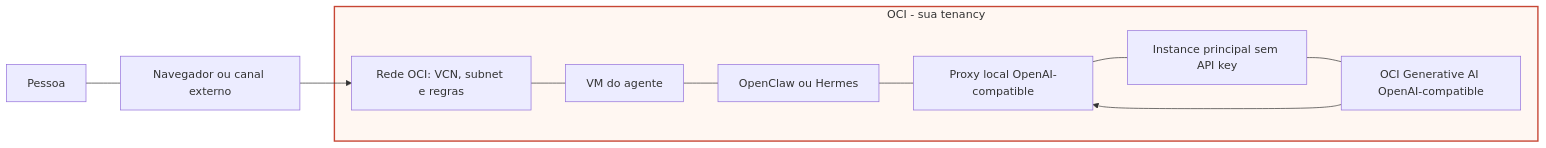
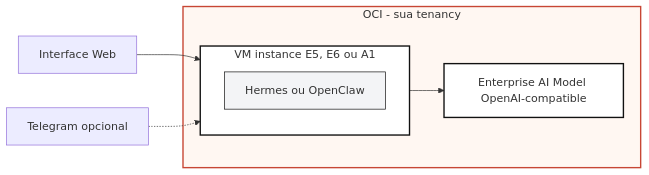
One commit to Gusttavosant/oracle changed the diagram in Agent Station Experience/README.md. Above: the diagram before and after it, drawn with Mermaid. The commit also changed other lines of this file, not shown here.

Commit message:
Revise README for VM package and architecture updates
Updated README to reflect changes in VM package name and architecture details.

````diff
--- a/Agent Station Experience/README.md
+++ b/Agent Station Experience/README.md
@@ -36,26 +35,22 @@
 ```mermaid
 flowchart LR
-    Pessoa["Pessoa"]
-    Canal["Navegador ou canal externo"]
+    Web["Interface Web"]
+    Telegram["Telegram opcional"]
 
     subgraph OCI["OCI - sua tenancy"]
-        Rede["Rede OCI: VCN, subnet e regras"]
-        VM["VM do agente"]
-        App["OpenClaw ou Hermes"]
-        Proxy["Proxy local OpenAI-compatible"]
-        IAM["Instance principal sem API key"]
-        GenAI["OCI Generative AI OpenAI-compatible"]
+        subgraph VM["VM instance E5, E6 ou A1"]
+            App["Hermes ou OpenClaw"]
+        end
+        Model["Enterprise AI Model OpenAI-compatible"]
 
-        Rede --- VM
-        VM --- App
-        App --- Proxy
-        Proxy --- IAM
-        IAM --- GenAI
+        VM --> Model
     end
 
-    Pessoa --- Canal
-    Canal --> Rede
-    GenAI --> Proxy
+    Web --> VM
+    Telegram -.-> VM
 
     style OCI fill:#fff7f2,stroke:#c74634,stroke-width:2px
+    style VM fill:#ffffff,stroke:#111111,stroke-width:2px
+    style App fill:#f3f4f6,stroke:#111111,stroke-width:1px
+    style Model fill:#ffffff,stroke:#111111,stroke-width:2px
 ```
````
